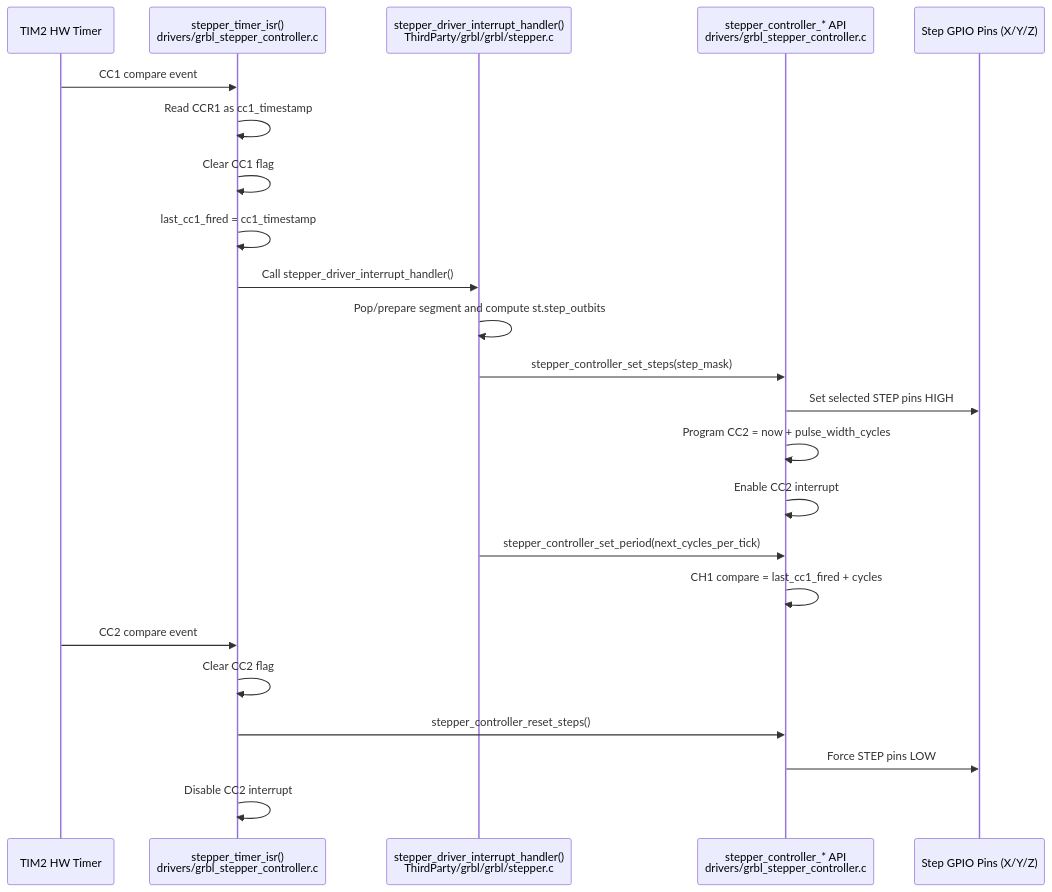
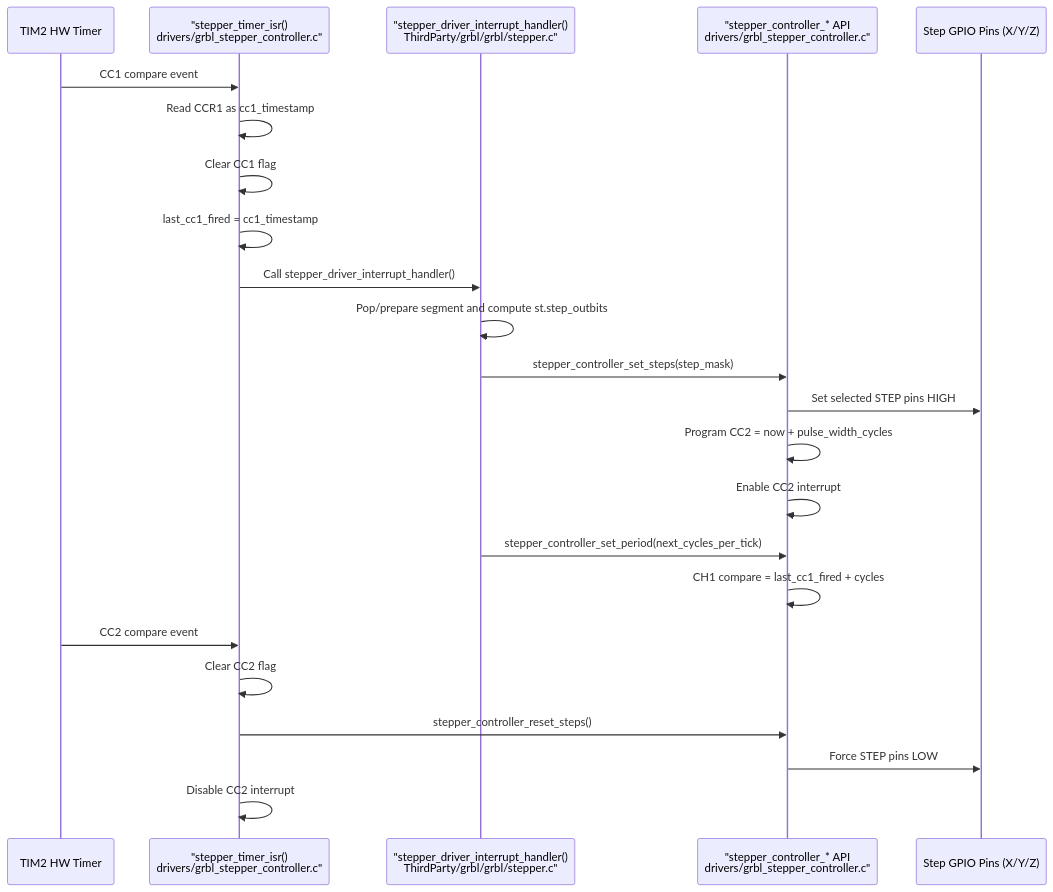
Before and after one commit to leeannchu/grbl_zephyr: the first of 2 diagrams in docs/stepper-architecture.md, drawn with Mermaid. The commit also changed other lines of this file, not shown here.

Commit message:
docs: fix flowchart syntax error

````diff
--- a/docs/stepper-architecture.md
+++ b/docs/stepper-architecture.md
@@ -136,29 +136,29 @@
 ```mermaid
 sequenceDiagram
     participant TIM2 as TIM2 HW Timer
-    participant ISR as stepper_timer_isr()<br/>drivers/grbl_stepper_controller.c
-    participant GRBL as stepper_driver_interrupt_handler()<br/>ThirdParty/grbl/grbl/stepper.c
-    participant DRV as stepper_controller_* API<br/>drivers/grbl_stepper_controller.c
+    participant ISR as "stepper_timer_isr()<br/>drivers/grbl_stepper_controller.c"
+    participant GRBL as "stepper_driver_interrupt_handler()<br/>ThirdParty/grbl/grbl/stepper.c"
+    participant DRV as "stepper_controller_* API<br/>drivers/grbl_stepper_controller.c"
     participant GPIO as Step GPIO Pins (X/Y/Z)
 
     TIM2->>ISR: CC1 compare event
     ISR->>ISR: Read CCR1 as cc1_timestamp
     ISR->>ISR: Clear CC1 flag
     ISR->>ISR: last_cc1_fired = cc1_timestamp
     ISR->>GRBL: Call stepper_driver_interrupt_handler()
 
     GRBL->>GRBL: Pop/prepare segment and compute st.step_outbits
     GRBL->>DRV: stepper_controller_set_steps(step_mask)
     DRV->>GPIO: Set selected STEP pins HIGH
     DRV->>DRV: Program CC2 = now + pulse_width_cycles
     DRV->>DRV: Enable CC2 interrupt
 
     GRBL->>DRV: stepper_controller_set_period(next_cycles_per_tick)
     DRV->>DRV: CH1 compare = last_cc1_fired + cycles
 
     TIM2->>ISR: CC2 compare event
     ISR->>ISR: Clear CC2 flag
     ISR->>DRV: stepper_controller_reset_steps()
     DRV->>GPIO: Force STEP pins LOW
     ISR->>ISR: Disable CC2 interrupt
 ```
````
